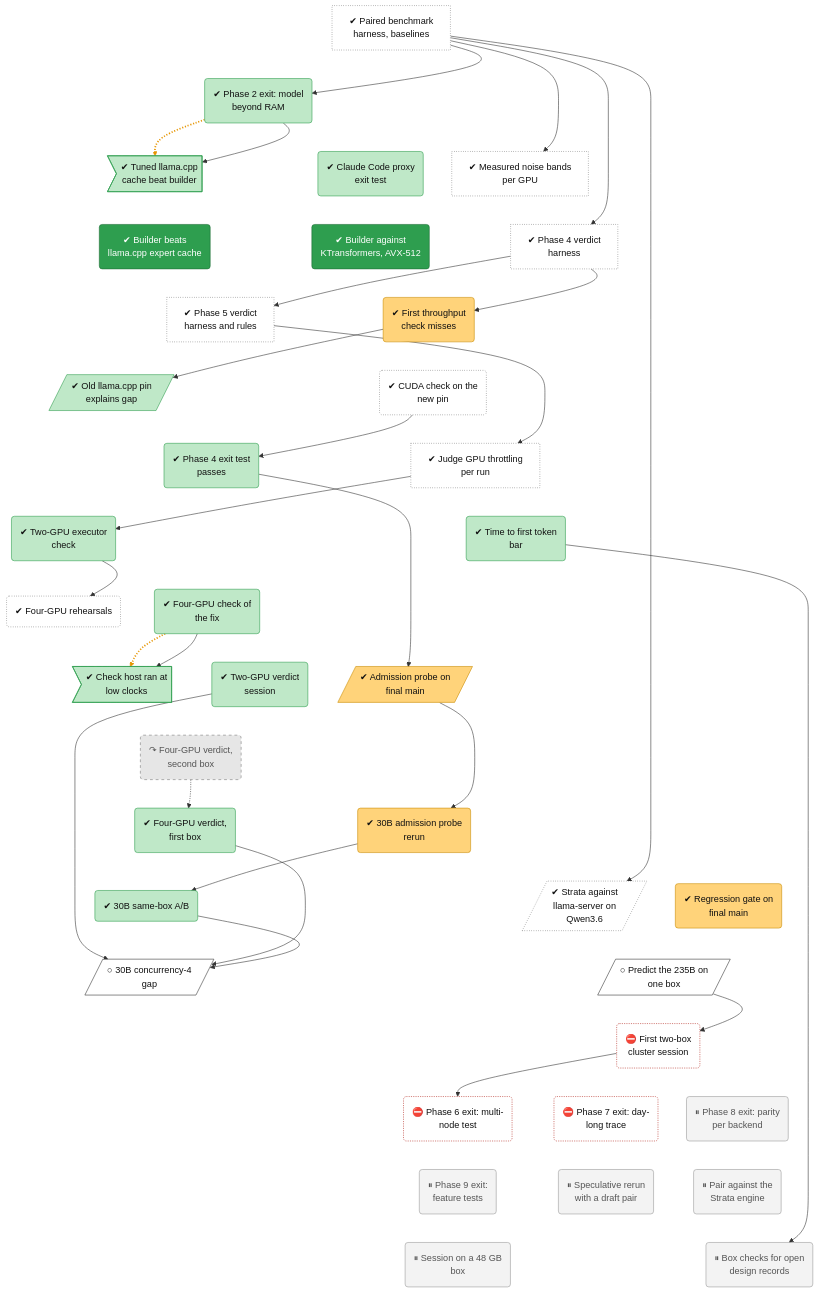
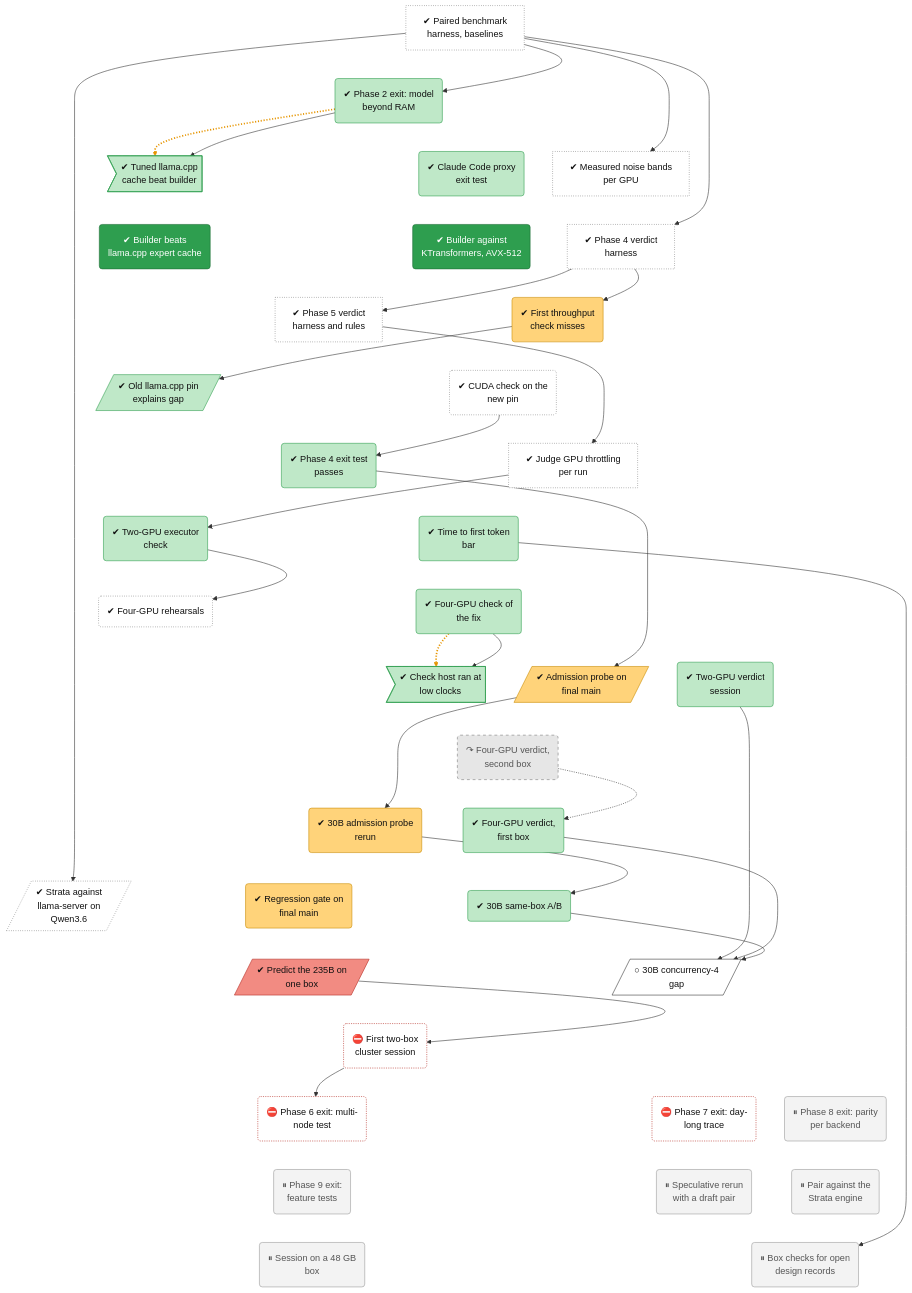
Before and after one commit to lhns/tetraeder: the diagram in docs/roadmap/tracks/bench.md, drawn with Mermaid. The commit also changed other lines of this file and 4 other files, not shown here.

Commit message:
Phase 6 risk measurement (ADR 0091 Case S), not a verdict: tree nodes bench-235b-stream-predict (bad), serving-cuda-parity and bench-regression-gate notes

````diff
--- a/docs/roadmap/tracks/bench.md
+++ b/docs/roadmap/tracks/bench.md
@@ -36,8 +36,8 @@
     bench_ab30b("✔ 30B same-box A/B")
     bench_strata_q36[/"✔ Strata against<br/>llama-server on<br/>Qwen3.6"/]
     bench_regression_gate("✔ Regression gate on<br/>final main")
+    bench_235b_stream_predict[/"✔ Predict the 235B on<br/>one box"/]
     bench_30b_c4_gap[/"○ 30B concurrency-4<br/>gap"/]
-    bench_235b_stream_predict[/"○ Predict the 235B on<br/>one box"/]
     bench_phase6_rehearsal("⛔ First two-box<br/>cluster session")
     bench_phase6_exit("⛔ Phase 6 exit: multi-<br/>node test")
     bench_phase7_exit("⛔ Phase 7 exit: day-<br/>long trace")
@@ -76,11 +76,11 @@
     bench_v4a_verdict ~~~ bench_ab30b
     bench_d2a_30b ~~~ bench_strata_q36
     bench_d2a_30b ~~~ bench_regression_gate
-    bench_ab30b ~~~ bench_30b_c4_gap
-    bench_strata_q36 ~~~ bench_235b_stream_predict
-    bench_regression_gate ~~~ bench_235b_stream_predict
+    bench_ab30b ~~~ bench_235b_stream_predict
+    bench_strata_q36 ~~~ bench_30b_c4_gap
+    bench_regression_gate ~~~ bench_30b_c4_gap
+    bench_235b_stream_predict ~~~ bench_phase6_rehearsal
     bench_30b_c4_gap ~~~ bench_phase6_rehearsal
-    bench_235b_stream_predict ~~~ bench_phase6_rehearsal
     bench_phase6_rehearsal ~~~ bench_phase6_exit
     bench_phase6_rehearsal ~~~ bench_phase7_exit
     bench_phase6_rehearsal ~~~ bench_phase8_exit
@@ -135,7 +135,8 @@
     class bench_m1_point1,bench_m1_point3 vsucc
     class bench_d2a_rerun,bench_d2a_probe,bench_d2a_30b,bench_regression_gate mixed
     class bench_v4b_verdict dead
-    class bench_30b_c4_gap,bench_235b_stream_predict next
+    class bench_235b_stream_predict bad
+    class bench_30b_c4_gap next
     class bench_phase6_rehearsal,bench_phase6_exit,bench_phase7_exit blocked
     class bench_phase8_exit,bench_phase9_exit,bench_spec_rerun,bench_strata_pairing,bench_d1_session,bench_open_records parked
 ```
````
